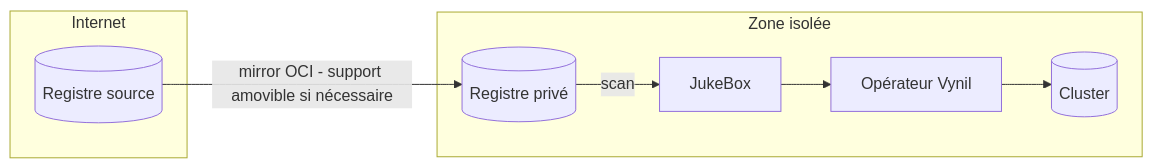
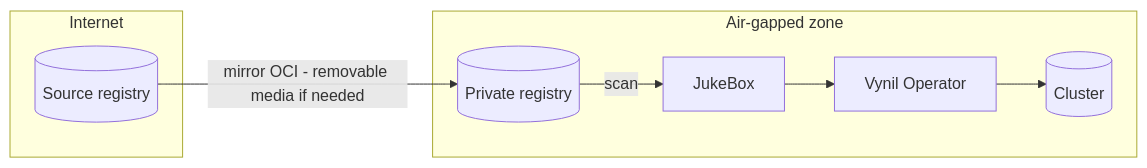
One commit to sebt3/vynil changed the diagram in docs/packages/portability.md. Above: the diagram before and after it, drawn with Mermaid. The commit also changed other lines of this file and 47 other files, not shown here.

````diff
--- a/docs/packages/portability.md
+++ b/docs/packages/portability.md
@@ -51,11 +47,11 @@
 ```mermaid
 flowchart LR
     subgraph Internet
-        SRC[(Registre source)]
+        SRC[(Source registry)]
     end
-    subgraph Zone isolée
-        DST[(Registre privé)] -->|scan| JB[JukeBox]
-        JB --> OP[Opérateur Vynil] --> K8S[(Cluster)]
+    subgraph Air-gapped zone
+        DST[(Private registry)] -->|scan| JB[JukeBox]
+        JB --> OP[Vynil Operator] --> K8S[(Cluster)]
     end
-    SRC -->|mirror OCI - support amovible si nécessaire| DST
+    SRC -->|mirror OCI - removable media if needed| DST
 ```
````
